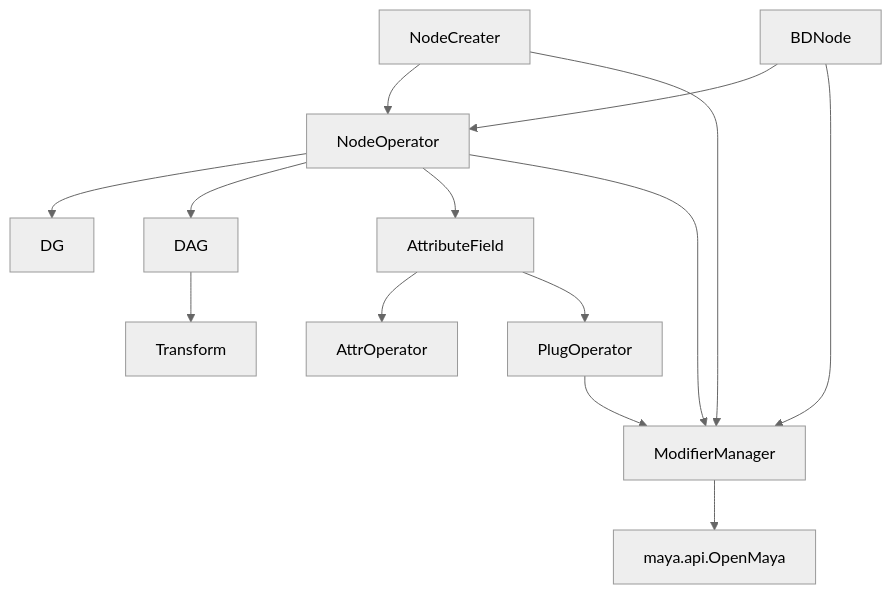
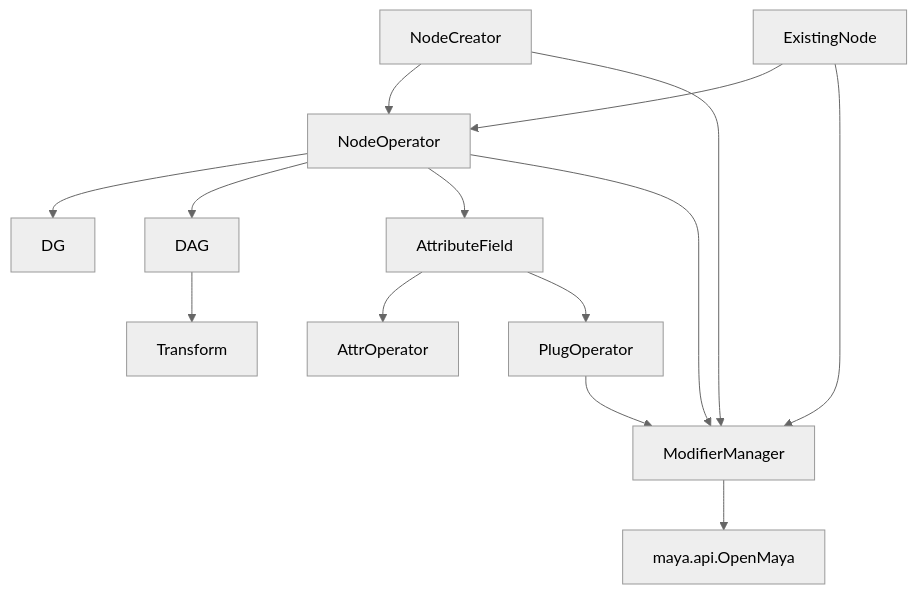
One commit to AkihiroMamiduka/bakedanuki-util changed the diagram in bakedanuki/bakedanuki-util/docs/maya/node_operator/README.md. Above: the diagram before and after it, drawn with Mermaid (neutral theme). The commit also changed other lines of this file and 22 other files, not shown here.

Commit message:
feat: 名称変更 - BDNode -> ExistingNode スペル間違い修正 -  NodeCreater -> NodeCreator

````diff
--- a/bakedanuki/bakedanuki-util/docs/maya/node_operator/README.md
+++ b/bakedanuki/bakedanuki-util/docs/maya/node_operator/README.md
@@ -44,28 +44,28 @@
 ```mermaid
 flowchart TD
     NodeOperator["NodeOperator"]
     DG["DG"]
     DAG["DAG"]
     Transform["Transform"]
     AttributeField["AttributeField"]
     AttrOperator["AttrOperator"]
     PlugOperator["PlugOperator"]
     ModifierManager["ModifierManager"]
-    NodeCreater["NodeCreater"]
-    BDNode["BDNode"]
+    NodeCreator["NodeCreator"]
+    ExistingNode["ExistingNode"]
     OpenMaya["maya.api.OpenMaya"]
 
-    NodeCreater --> NodeOperator
-    NodeCreater --> ModifierManager
-    BDNode --> NodeOperator
-    BDNode --> ModifierManager
+    NodeCreator --> NodeOperator
+    NodeCreator --> ModifierManager
+    ExistingNode --> NodeOperator
+    ExistingNode --> ModifierManager
     NodeOperator --> DG
     NodeOperator --> DAG
     DAG --> Transform
     NodeOperator --> AttributeField
     AttributeField --> AttrOperator
     AttributeField --> PlugOperator
     PlugOperator --> ModifierManager
     NodeOperator --> ModifierManager
     ModifierManager --> OpenMaya
 ```
````
